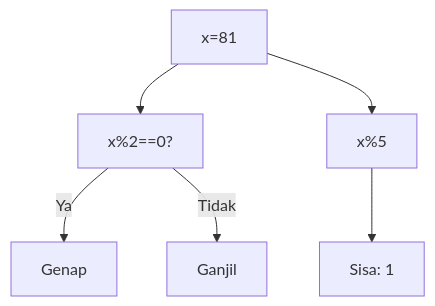
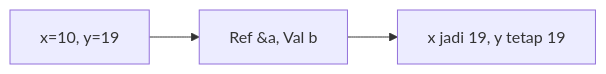
The second of 25 diagrams in part-c-pemahaman-cpp/04-fungsi/latihan/set-02.md (amnahwaida/OSNK_INF_PREP), drawn with Mermaid before and after one commit. The commit also changed other lines of this file and 71 other files, not shown here.

````diff
--- a/part-c-pemahaman-cpp/04-fungsi/latihan/set-02.md
+++ b/part-c-pemahaman-cpp/04-fungsi/latihan/set-02.md
@@ -54,8 +48,5 @@
 ```mermaid
-graph TD
-A["x=81"] --> B["x%2==0?"]
-B -- Ya --> C["Genap"]
-B -- Tidak --> D["Ganjil"]
-A --> E["x%5"]
-E --> F["Sisa: 1"]
+graph LR
+A["x=10, y=19"] --> B["Ref &a, Val b"]
+B --> C["x jadi 19, y tetap 19"]
 ```
````
